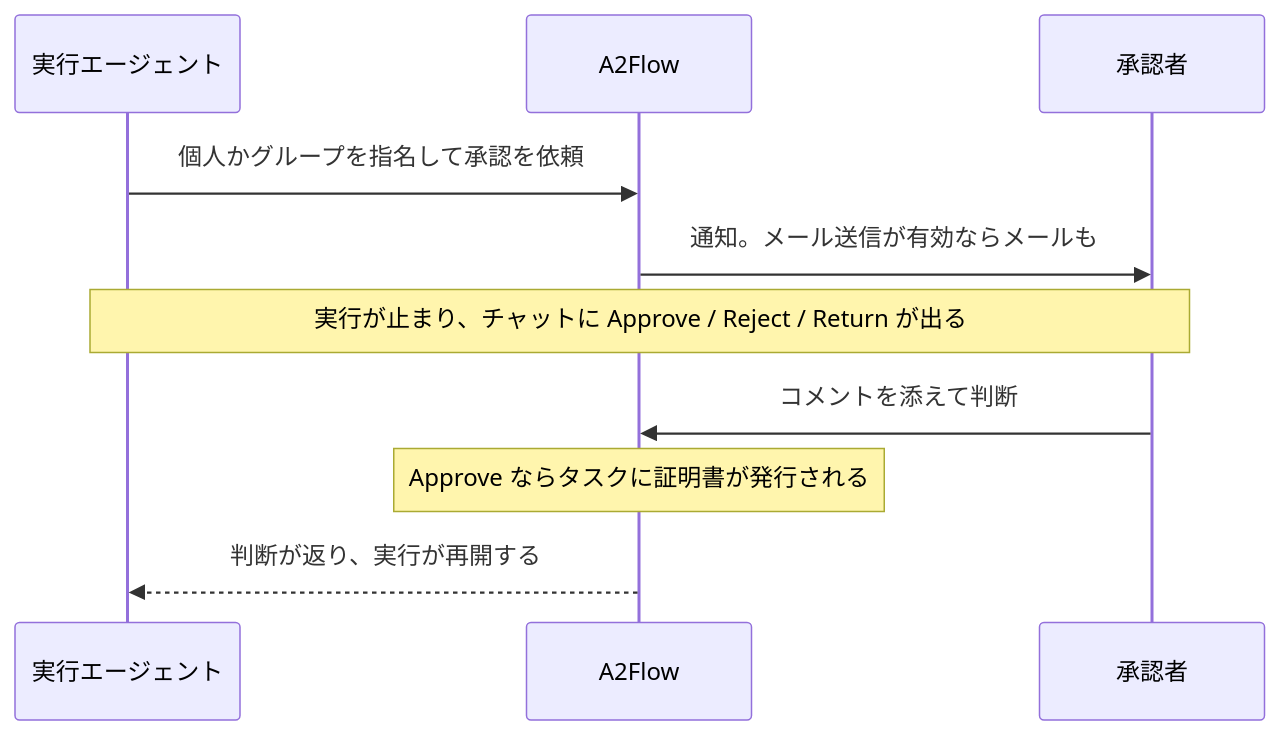
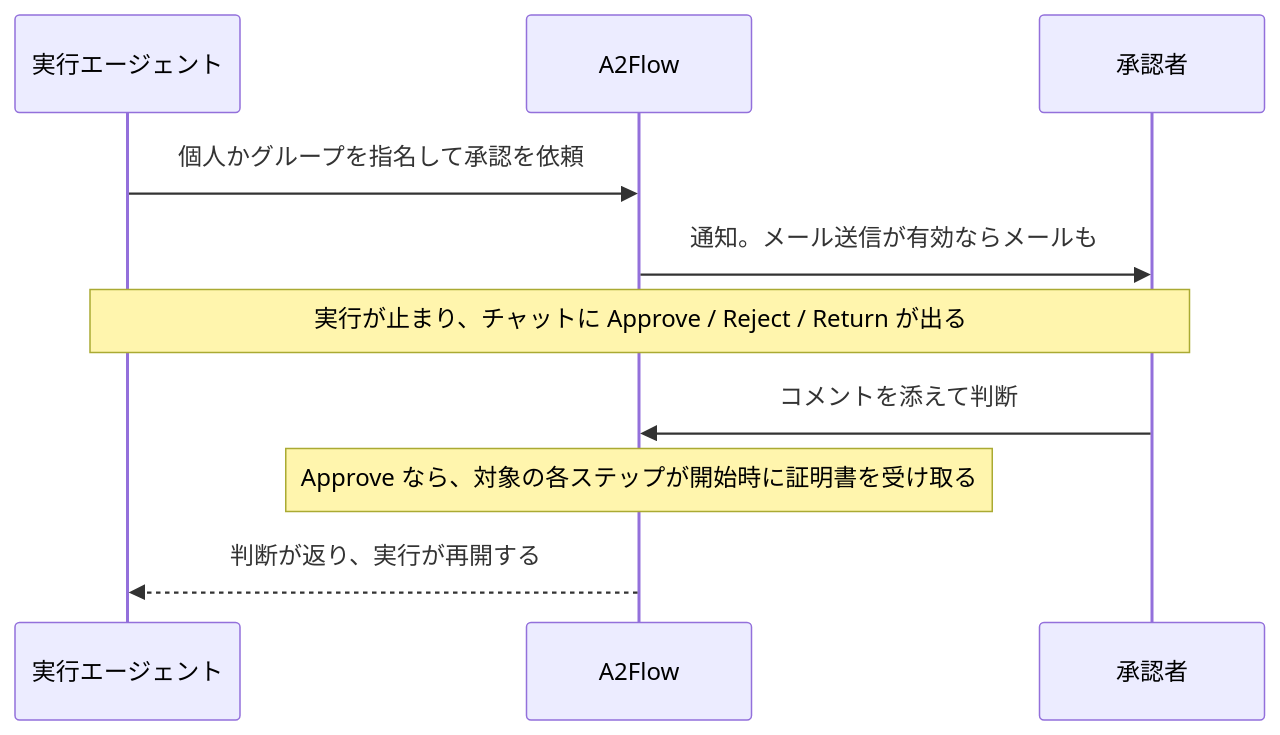
Before and after one commit to kaitoy/a2flow: the diagram in website/i18n/ja/docusaurus-plugin-content-docs/current/guides/approvals.md, drawn with Mermaid. The commit also changed other lines of this file and 37 other files, not shown here.

````diff
--- a/website/i18n/ja/docusaurus-plugin-content-docs/current/guides/approvals.md
+++ b/website/i18n/ja/docusaurus-plugin-content-docs/current/guides/approvals.md
@@ -14,12 +14,12 @@
 ```mermaid
 sequenceDiagram
   participant A as 実行エージェント
   participant F as A2Flow
   participant P as 承認者
   A->>F: 個人かグループを指名して承認を依頼
   F->>P: 通知。メール送信が有効ならメールも
   Note over A,P: 実行が止まり、チャットに Approve / Reject / Return が出る
   P->>F: コメントを添えて判断
-  Note over F: Approve ならタスクに証明書が発行される
+  Note over F: Approve なら、対象の各ステップが開始時に証明書を受け取る
   F-->>A: 判断が返り、実行が再開する
 ```
````
